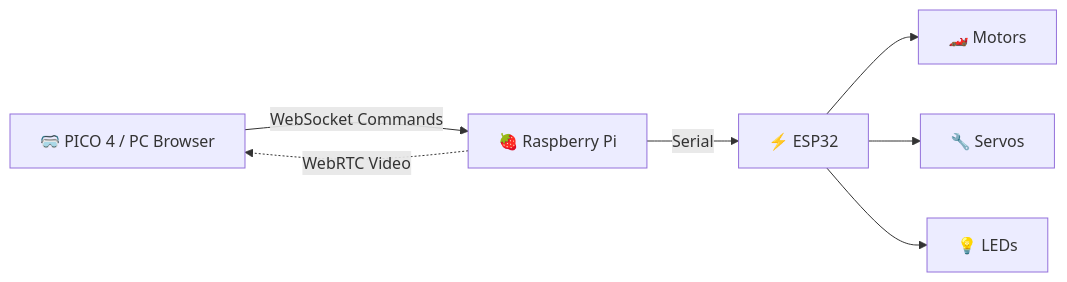
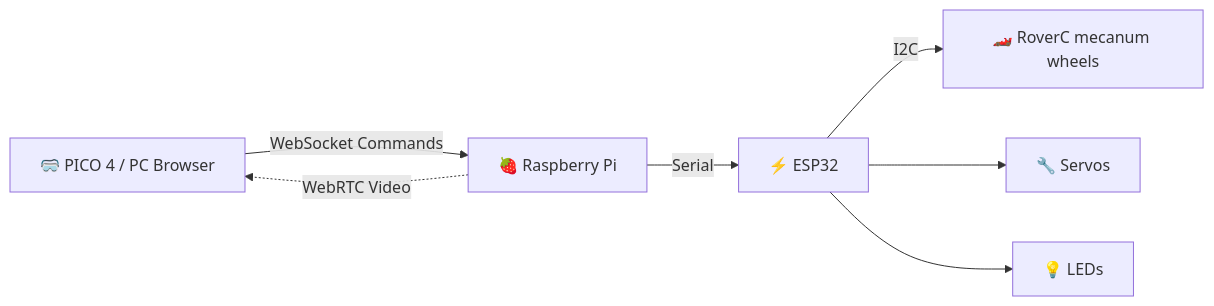
Before and after one commit to saifadecha07/CN360: the diagram in README.md, drawn with Mermaid. The commit also changed other lines of this file and 6 other files, not shown here.

````diff
--- a/README.md
+++ b/README.md
@@ -32,9 +32,9 @@
 ```mermaid
 graph LR
     A[🥽 PICO 4 / PC Browser] -->|WebSocket Commands| B[🍓 Raspberry Pi]
     B -->|Serial| C[⚡ ESP32]
-    C --> D[🏎️ Motors]
+    C -->|I2C| D[🏎️ RoverC mecanum wheels]
     C --> E[🔧 Servos]
     C --> F[💡 LEDs]
     B -.->|WebRTC Video| A
 ```
````
